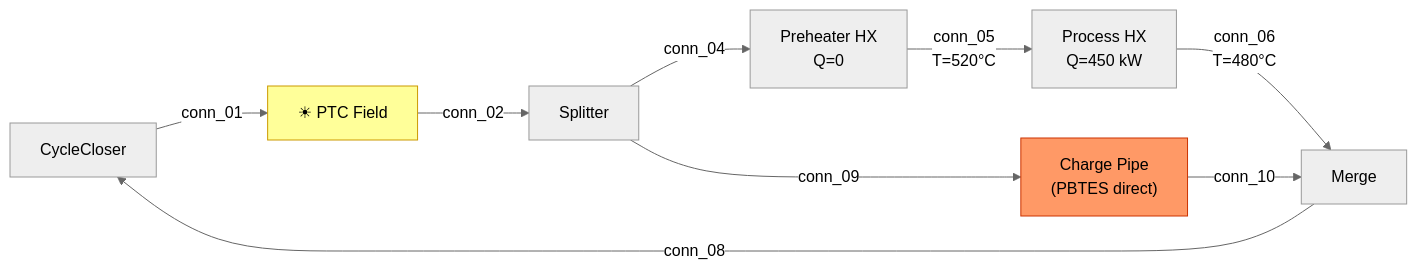
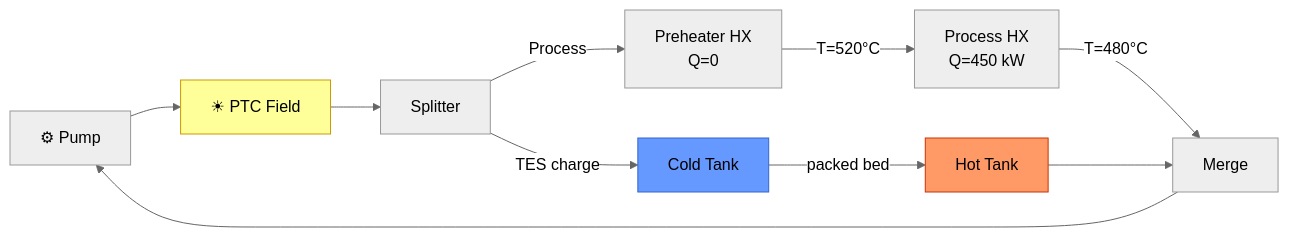
One commit to iwolde/pbtes-sim changed the sixth of 17 diagrams in insumos paper/PLANT_LAYOUTS_AND_MODES.md. Above: the diagram before and after it, drawn with Mermaid (neutral theme). The commit also changed other lines of this file and 1 other file, not shown here.

Commit message:
docs: Rewrite plant layouts with corrected Mode 5, 2-tank direct, pumps

````diff
--- a/insumos paper/PLANT_LAYOUTS_AND_MODES.md
+++ b/insumos paper/PLANT_LAYOUTS_AND_MODES.md
@@ -261,14 +293,16 @@
 ```mermaid
 graph LR
-    CC["CycleCloser"] -->|conn_01| PTC["☀ PTC Field"]
-    PTC -->|conn_02| SP["Splitter"]
-    SP -->|conn_04| PH["Preheater HX<br/>Q=0"]
-    PH -->|conn_05<br/>T=520°C| PR["Process HX<br/>Q=450 kW"]
-    PR -->|conn_06<br/>T=480°C| MG["Merge"]
-    SP -->|conn_09| PIPE["Charge Pipe<br/>(PBTES direct)"]
-    PIPE -->|conn_10| MG
-    MG -->|conn_08| CC
+    P1["⚙ Pump"] --> PTC["☀ PTC Field"]
+    PTC --> SP["Splitter"]
+    SP -->|"Process"| PH["Preheater HX<br/>Q=0"]
+    PH -->|"T=520°C"| PR["Process HX<br/>Q=450 kW"]
+    PR -->|"T=480°C"| MG["Merge"]
+    SP -->|"TES charge"| CT["Cold Tank"]
+    CT -->|"packed bed"| HT["Hot Tank"]
+    HT --> MG
+    MG --> P1
 
     style PTC fill:#ff9,stroke:#c90
-    style PIPE fill:#f96,stroke:#c30
+    style CT fill:#69f,stroke:#36c
+    style HT fill:#f96,stroke:#c30
 ```
````
